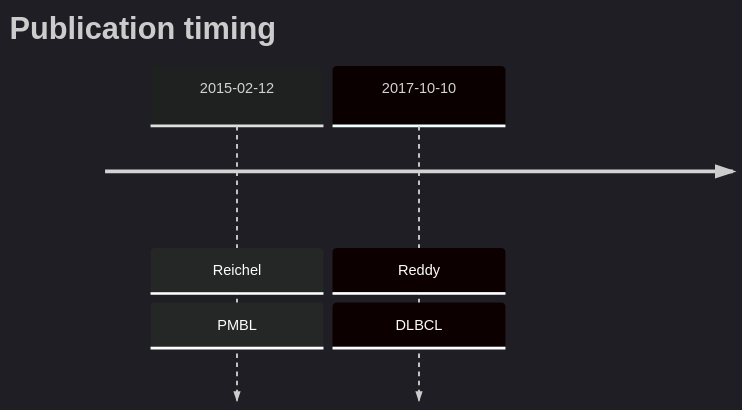
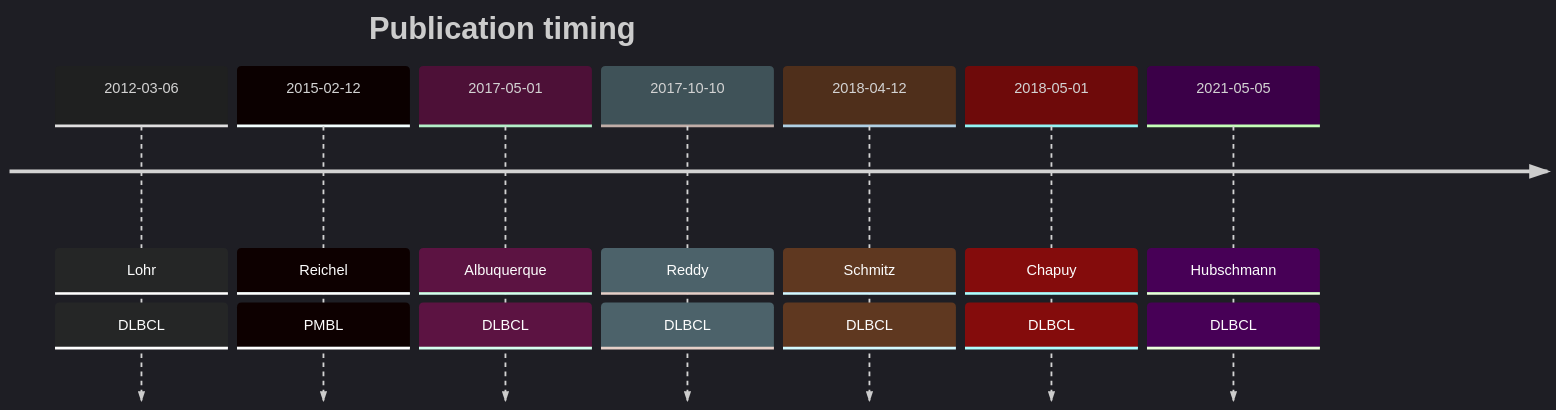
One commit to morinlab/lymphopedia changed the diagram in UBE2A.md. Above: the diagram before and after it, drawn with Mermaid. The commit also changed other lines of this file, not shown here.

Commit message:
update tables

````diff
--- a/UBE2A.md
+++ b/UBE2A.md
@@ -9,7 +9,13 @@
 ```mermaid
 %%{init: { 'logLevel': 'debug', 'theme': 'dark' } }%%
 timeline
     title Publication timing
+2012-03-06 : Lohr : DLBCL
       2015-02-12 : Reichel : PMBL
-      2017-10-10 : Reddy : DLBCL
+
+2017-05-01 : Albuquerque : DLBCL
+2017-10-10 : Reddy : DLBCL
+2018-04-12 : Schmitz : DLBCL
+2018-05-01 : Chapuy : DLBCL
+2021-05-05 : Hubschmann : DLBCL
 ```
````
